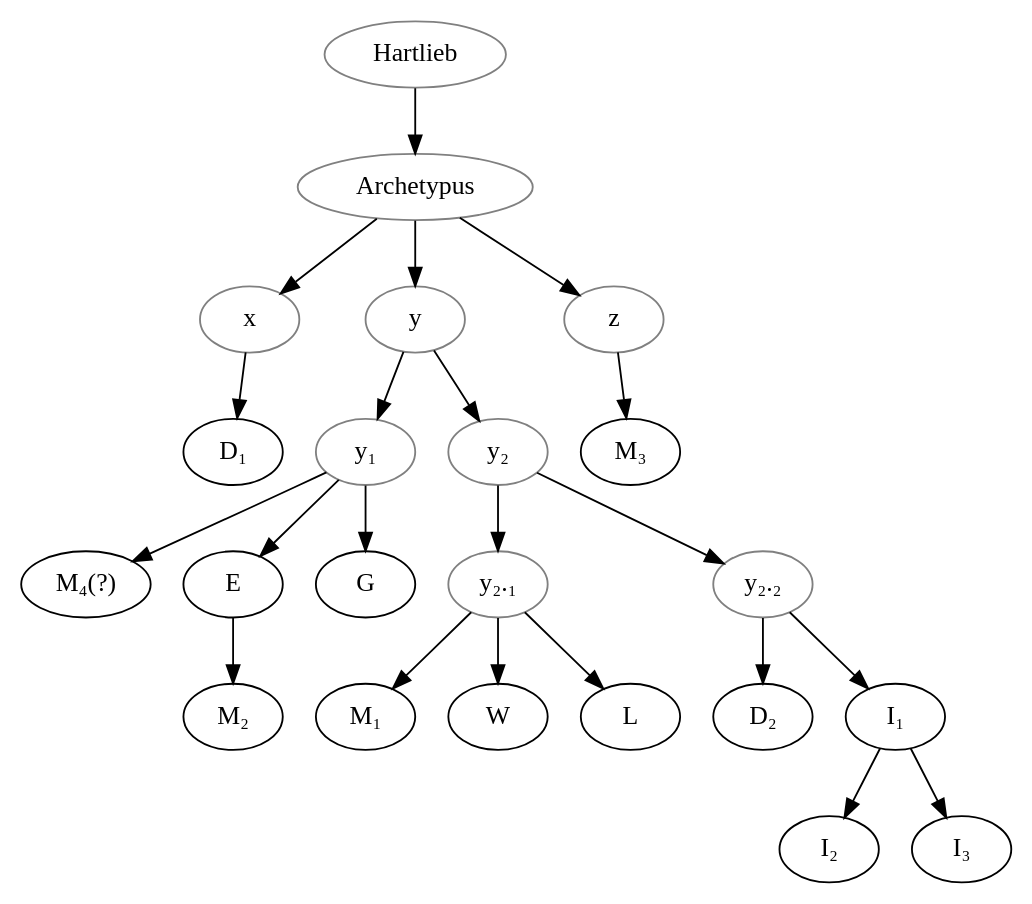
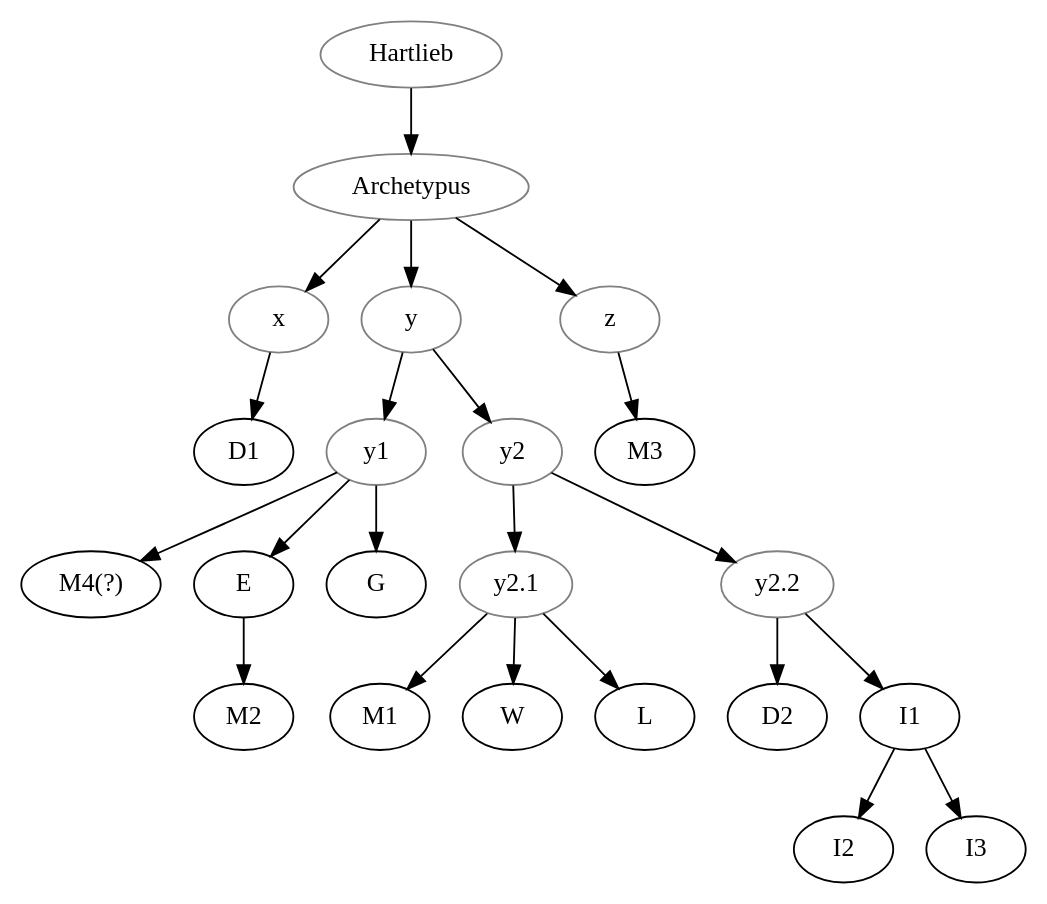
Before and after one commit to OpenStemmata/database: the diagram in data/gmh/Karnein_1970_DeAmoreDeutsch/stemma.gv, drawn with Graphviz. The commit also changed other lines of this file, not shown here.

Commit message:
Correct validation

```diff
--- a/data/gmh/Karnein_1970_DeAmoreDeutsch/stemma.gv
+++ b/data/gmh/Karnein_1970_DeAmoreDeutsch/stemma.gv
@@ -1,33 +1,33 @@
 digraph {
 Hartlieb [color="grey"] ;
 Archetypus [color="grey"] ;
 x [color="grey"] ;
 y [color="grey"] ;
-y₁ [color="grey"] ;
-y₂ [color="grey"] ;
-y₂₁ [color="grey", label="y₂.₁"] ;
-y₂₂ [color="grey", label="y₂.₂"] ;
+y1 [color="grey"] ;
+y2 [color="grey"] ;
+y21 [color="grey", label="y2.1"] ;
+y22 [color="grey", label="y2.2"] ;
 z [color="grey"] ;
-M₄ [label="M₄(?)"] ;
+M4 [label="M4(?)"] ;
 Hartlieb -> Archetypus ;
 Archetypus -> x ;
 Archetypus -> y ;
 Archetypus -> z ;
-x -> D₁ ;
-y -> y₁ ;
-y -> y₂ ;
-y₁ -> E ;
-y₁ -> M₄ ;
-y₁ -> G ;
-E -> M₂ ;
-y₂ -> y₂₁ ;
-y₂ -> y₂₂ ;
-y₂₁ -> M₁ ;
-y₂₁ -> W ;
-y₂₁ -> L ;
-y₂₂ -> D₂ ;
-y₂₂ -> I₁ ;
-I₁ -> I₂ ;
-I₁ -> I₃ ;
-z -> M₃ ;
+x -> D1 ;
+y -> y1 ;
+y -> y2 ;
+y1 -> E ;
+y1 -> M4 ;
+y1 -> G ;
+E -> M2 ;
+y2 -> y21 ;
+y2 -> y22 ;
+y21 -> M1 ;
+y21 -> W ;
+y21 -> L ;
+y22 -> D2 ;
+y22 -> I1 ;
+I1 -> I2 ;
+I1 -> I3 ;
+z -> M3 ;
 }
```
